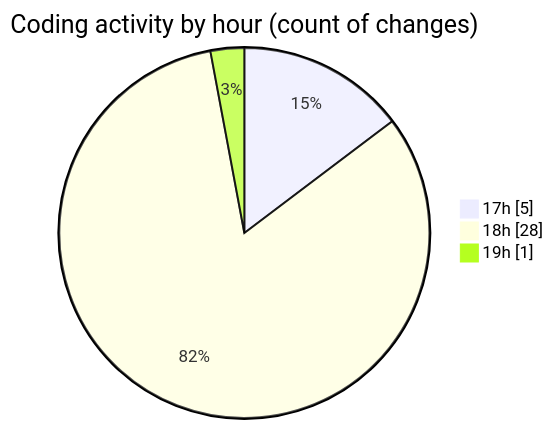
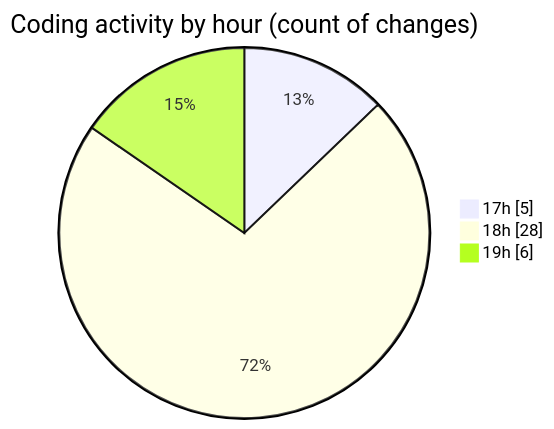
The second of 2 diagrams in 2025-01-01/uber_clone/README.md (donsfak/code-tracking), drawn with Mermaid before and after one commit. The commit also changed other lines of this file and 1 other file, not shown here.

````diff
--- a/2025-01-01/uber_clone/README.md
+++ b/2025-01-01/uber_clone/README.md
@@ -37,7 +39,7 @@
 ```mermaid
 pie showData
 title Coding activity by hour (count of changes)
 "17h" : 5
 "18h" : 28
-"19h" : 1
+"19h" : 6
 ```
````
